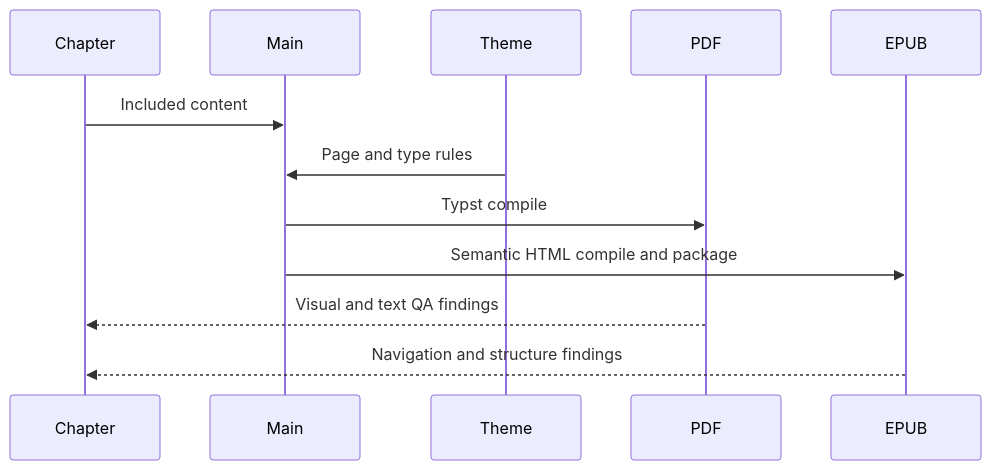
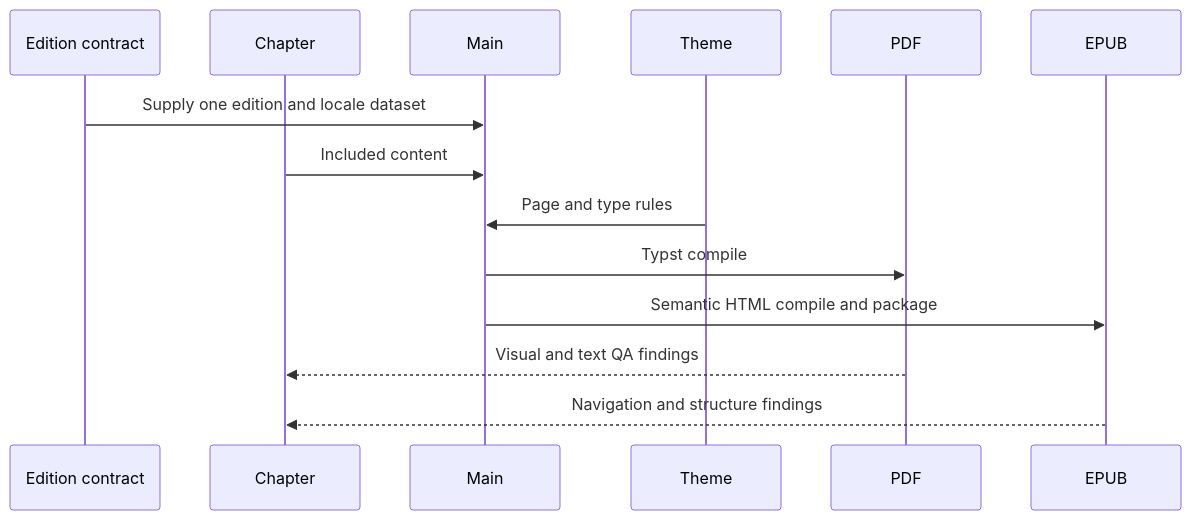
One commit to streamentry/streamentry changed the third of 3 diagrams in book/AGENTS.md. Above: the diagram before and after it, drawn with Mermaid. The commit also changed other lines of this file and 30 other files, not shown here.

Commit message:
Centralize edition and locale publication contract

````diff
--- a/book/AGENTS.md
+++ b/book/AGENTS.md
@@ -52,14 +63,16 @@
 ```mermaid
 sequenceDiagram
+  participant D as Edition contract
   participant C as Chapter
   participant M as Main
   participant T as Theme
   participant P as PDF
   participant E as EPUB
+  D->>M: Supply one edition and locale dataset
   C->>M: Included content
   T->>M: Page and type rules
   M->>P: Typst compile
   M->>E: Semantic HTML compile and package
   P-->>C: Visual and text QA findings
   E-->>C: Navigation and structure findings
 ```
````
